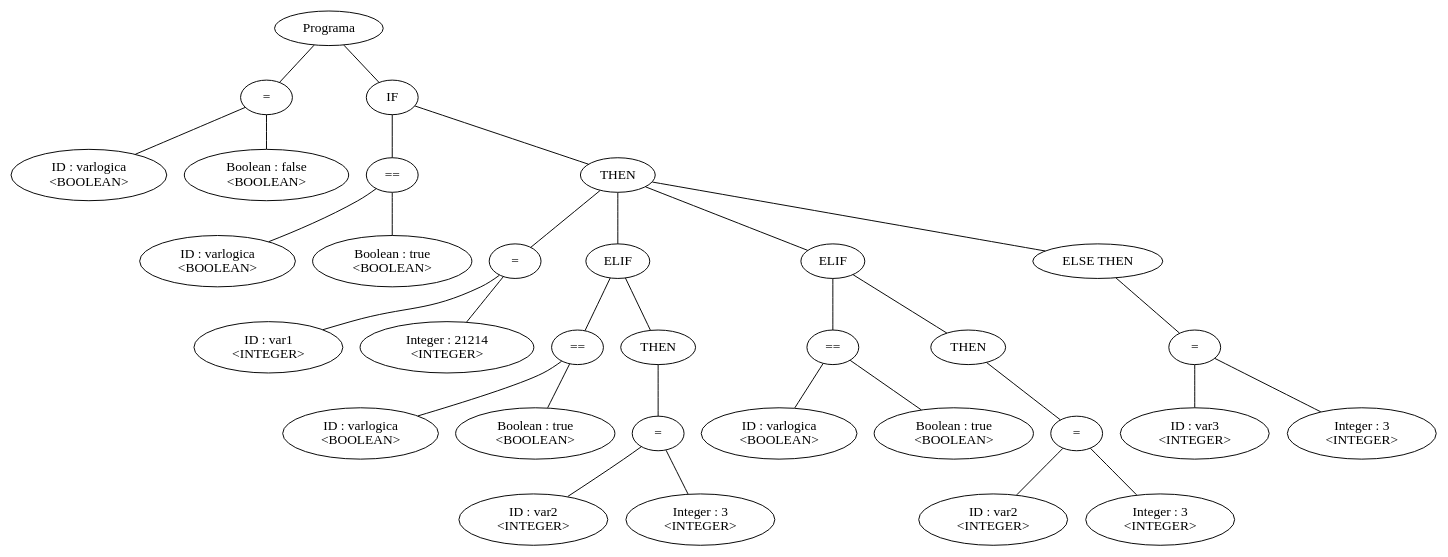
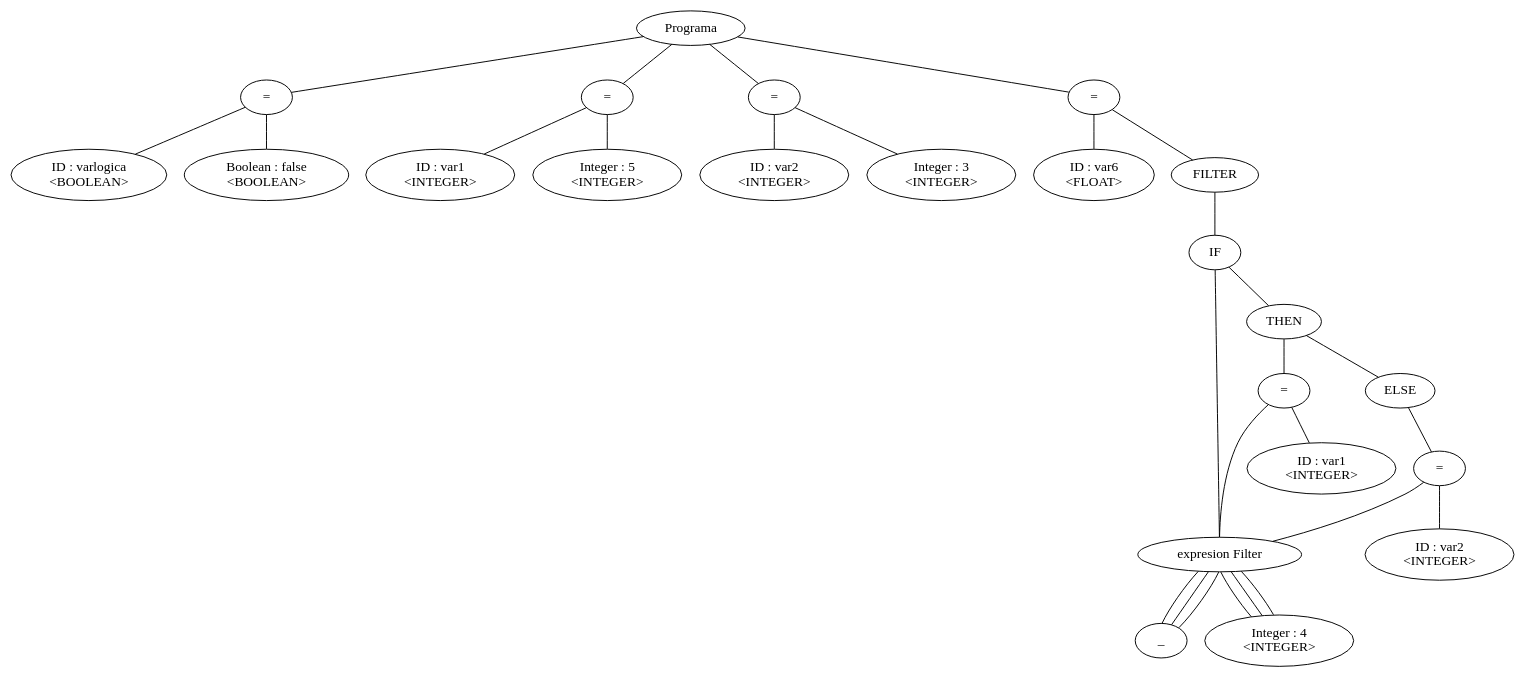
Before and after one commit to leandroprios/compilador: the diagram in arbol.dot, drawn with Graphviz. The commit also changed 58 other files, not shown here.

```diff
--- a/arbol.dot
+++ b/arbol.dot
@@ -1,64 +1,58 @@
-graph G {nodo_1166892990[label="Programa"]
-nodo_166517308[label="="]
-nodo_1166892990--nodo_166517308
-nodo_119534261[label="ID : varlogica\n<BOOLEAN>"]
-nodo_166517308--nodo_119534261
-nodo_2046957709[label="Boolean : false\n<BOOLEAN>"]
-nodo_166517308--nodo_2046957709
-nodo_1440598236[label="IF"]
-nodo_1166892990--nodo_1440598236
-nodo_982504801[label="=="]
-nodo_1440598236--nodo_982504801
-nodo_1123881695[label="ID : varlogica\n<BOOLEAN>"]
-nodo_982504801--nodo_1123881695
-nodo_676441213[label="Boolean : true\n<BOOLEAN>"]
-nodo_982504801--nodo_676441213
-nodo_2041047019[label="THEN"]
-nodo_1440598236--nodo_2041047019
-nodo_1460789569[label="="]
-nodo_2041047019--nodo_1460789569
-nodo_2110814870[label="ID : var1\n<INTEGER>"]
-nodo_1460789569--nodo_2110814870
-nodo_1481048853[label="Integer : 21214\n<INTEGER>"]
-nodo_1460789569--nodo_1481048853
-nodo_1140408220[label="ELIF"]
-nodo_2041047019--nodo_1140408220
-nodo_465225035[label="=="]
-nodo_1140408220--nodo_465225035
-nodo_1698695264[label="ID : varlogica\n<BOOLEAN>"]
-nodo_465225035--nodo_1698695264
-nodo_100655222[label="Boolean : true\n<BOOLEAN>"]
-nodo_465225035--nodo_100655222
-nodo_1515893840[label="THEN"]
-nodo_1140408220--nodo_1515893840
-nodo_1110255282[label="="]
-nodo_1515893840--nodo_1110255282
-nodo_667624863[label="ID : var2\n<INTEGER>"]
-nodo_1110255282--nodo_667624863
-nodo_1573756224[label="Integer : 3\n<INTEGER>"]
-nodo_1110255282--nodo_1573756224
-nodo_1399281689[label="ELIF"]
-nodo_2041047019--nodo_1399281689
-nodo_2018835569[label="=="]
-nodo_1399281689--nodo_2018835569
-nodo_105761081[label="ID : varlogica\n<BOOLEAN>"]
-nodo_2018835569--nodo_105761081
-nodo_928736045[label="Boolean : true\n<BOOLEAN>"]
-nodo_2018835569--nodo_928736045
-nodo_1873780783[label="THEN"]
-nodo_1399281689--nodo_1873780783
-nodo_33397400[label="="]
-nodo_1873780783--nodo_33397400
-nodo_1762762655[label="ID : var2\n<INTEGER>"]
-nodo_33397400--nodo_1762762655
-nodo_88066971[label="Integer : 3\n<INTEGER>"]
-nodo_33397400--nodo_88066971
-nodo_1809462523[label="ELSE THEN"]
-nodo_2041047019--nodo_1809462523
-nodo_470289330[label="="]
-nodo_1809462523--nodo_470289330
-nodo_2038465227[label="ID : var3\n<INTEGER>"]
-nodo_470289330--nodo_2038465227
-nodo_43580787[label="Integer : 3\n<INTEGER>"]
-nodo_470289330--nodo_43580787
+graph G {nodo_1864582582[label="Programa"]
+nodo_1100424528[label="="]
+nodo_1864582582--nodo_1100424528
+nodo_101941028[label="ID : varlogica\n<BOOLEAN>"]
+nodo_1100424528--nodo_101941028
+nodo_1936233637[label="Boolean : false\n<BOOLEAN>"]
+nodo_1100424528--nodo_1936233637
+nodo_241494135[label="="]
+nodo_1864582582--nodo_241494135
+nodo_1990320462[label="ID : var1\n<INTEGER>"]
+nodo_241494135--nodo_1990320462
+nodo_1800817377[label="Integer : 5\n<INTEGER>"]
+nodo_241494135--nodo_1800817377
+nodo_1546397330[label="="]
+nodo_1864582582--nodo_1546397330
+nodo_1973574192[label="ID : var2\n<INTEGER>"]
+nodo_1546397330--nodo_1973574192
+nodo_217087579[label="Integer : 3\n<INTEGER>"]
+nodo_1546397330--nodo_217087579
+nodo_1437088870[label="="]
+nodo_1864582582--nodo_1437088870
+nodo_1754110199[label="ID : var6\n<FLOAT>"]
+nodo_1437088870--nodo_1754110199
+nodo_253312012[label="FILTER"]
+nodo_1437088870--nodo_253312012
+nodo_9734418[label="IF"]
+nodo_253312012--nodo_9734418
+nodo_705542599[label="expresion Filter"]
+nodo_9734418--nodo_705542599
+nodo_277194276[label="_"]
+nodo_705542599--nodo_277194276
+nodo_1446642020[label="Integer : 4\n<INTEGER>"]
+nodo_705542599--nodo_1446642020
+nodo_1726777651[label="THEN"]
+nodo_9734418--nodo_1726777651
+nodo_951121428[label="="]
+nodo_1726777651--nodo_951121428
+nodo_87675808[label="ID : var1\n<INTEGER>"]
+nodo_951121428--nodo_87675808
+nodo_705542599[label="expresion Filter"]
+nodo_951121428--nodo_705542599
+nodo_277194276[label="_"]
+nodo_705542599--nodo_277194276
+nodo_1446642020[label="Integer : 4\n<INTEGER>"]
+nodo_705542599--nodo_1446642020
+nodo_1793940025[label="ELSE"]
+nodo_1726777651--nodo_1793940025
+nodo_1734175253[label="="]
+nodo_1793940025--nodo_1734175253
+nodo_1482825916[label="ID : var2\n<INTEGER>"]
+nodo_1734175253--nodo_1482825916
+nodo_705542599[label="expresion Filter"]
+nodo_1734175253--nodo_705542599
+nodo_277194276[label="_"]
+nodo_705542599--nodo_277194276
+nodo_1446642020[label="Integer : 4\n<INTEGER>"]
+nodo_705542599--nodo_1446642020
 }
```
